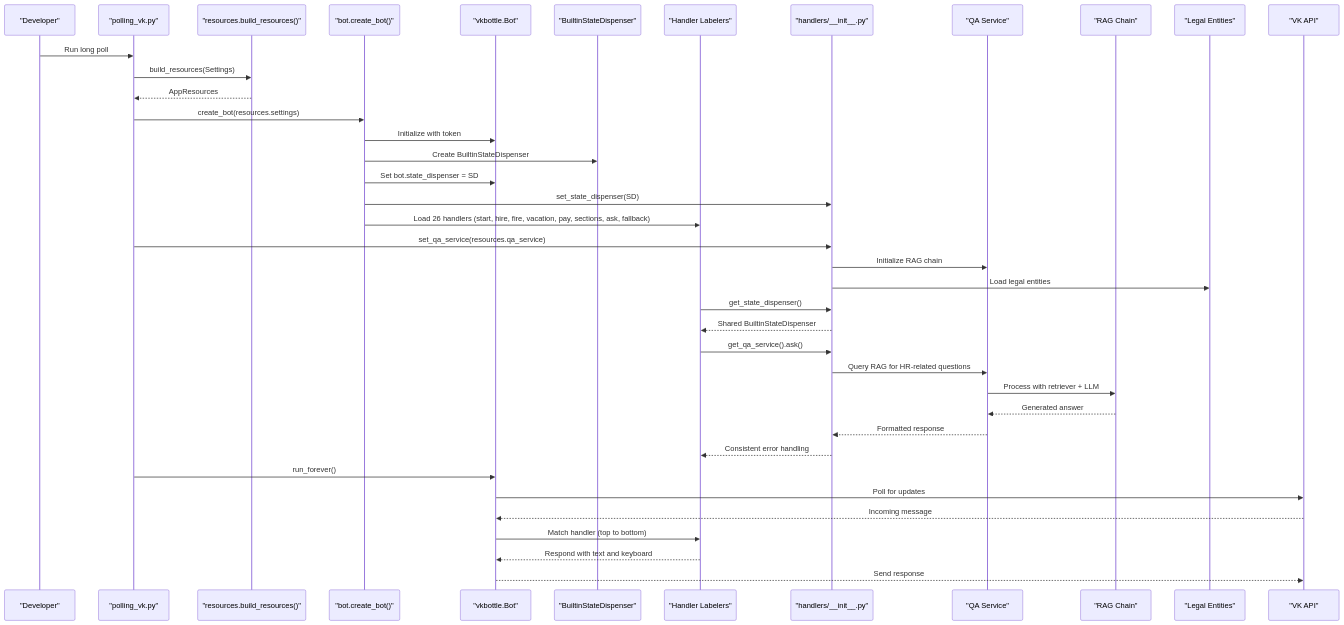
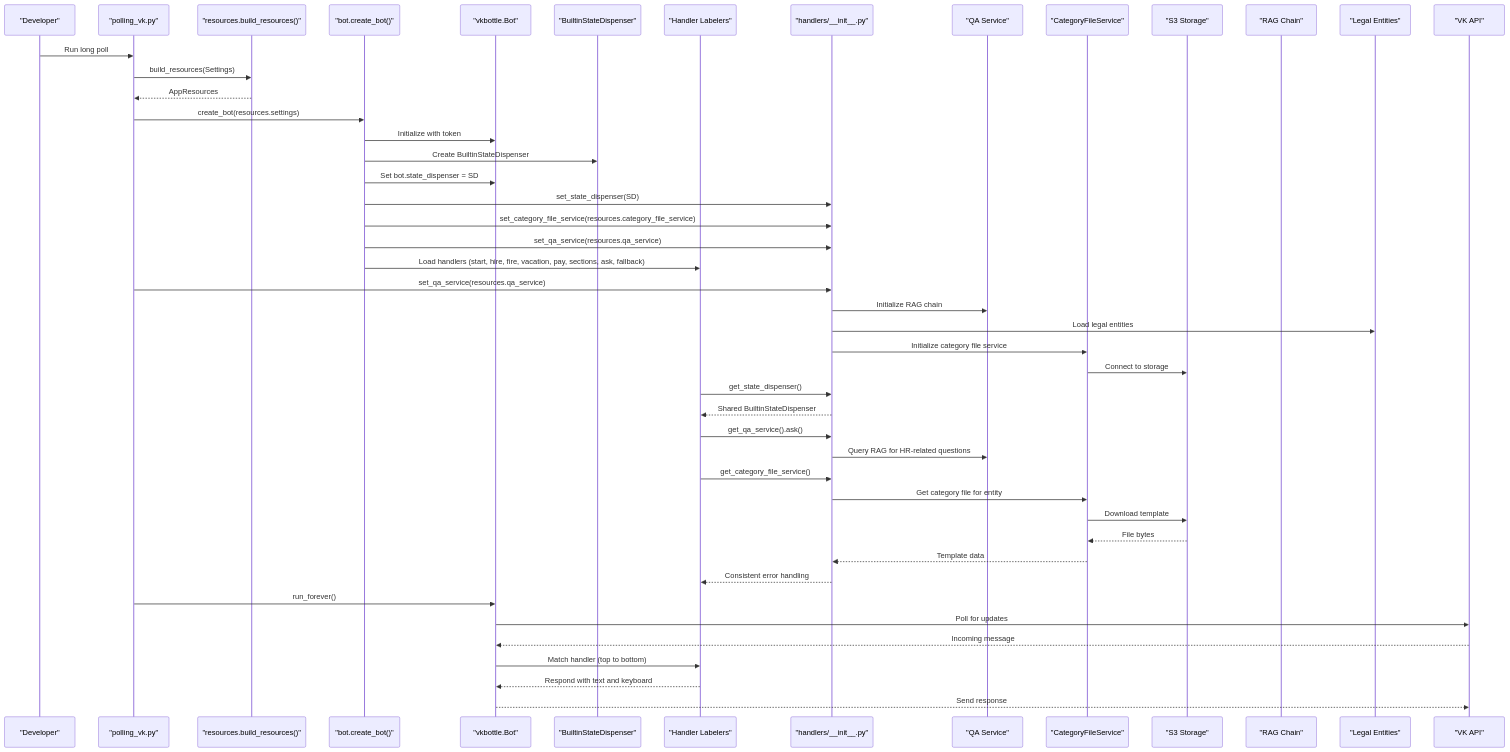
Before and after one commit to ognelis/cafetera_hr_bot: the second of 18 diagrams in .qoder/repowiki/en/content/VK Integration/VK Integration.md, drawn with Mermaid. The commit also changed other lines of this file and 7 other files, not shown here.

Commit message:
CAFETERA-18 Improved fire flow

````diff
--- a/.qoder/repowiki/en/content/VK Integration/VK Integration.md
+++ b/.qoder/repowiki/en/content/VK Integration/VK Integration.md
@@ -208,41 +262,49 @@
 ```mermaid
 sequenceDiagram
 participant Dev as "Developer"
 participant Script as "polling_vk.py"
 participant Resources as "resources.build_resources()"
 participant Factory as "bot.create_bot()"
 participant Bot as "vkbottle.Bot"
 participant SD as "BuiltinStateDispenser"
 participant Labelers as "Handler Labelers"
 participant Utils as "handlers/__init__.py"
 participant QA as "QA Service"
+participant CFService as "CategoryFileService"
+participant S3 as "S3 Storage"
 participant RAG as "RAG Chain"
 participant Entities as "Legal Entities"
 participant VK as "VK API"
 Dev->>Script : Run long poll
 Script->>Resources : build_resources(Settings)
 Resources-->>Script : AppResources
 Script->>Factory : create_bot(resources.settings)
 Factory->>Bot : Initialize with token
 Factory->>SD : Create BuiltinStateDispenser
 Factory->>Bot : Set bot.state_dispenser = SD
 Factory->>Utils : set_state_dispenser(SD)
-Factory->>Labelers : Load 26 handlers (start, hire, fire, vacation, pay, sections, ask, fallback)
+Factory->>Utils : set_category_file_service(resources.category_file_service)
+Factory->>Utils : set_qa_service(resources.qa_service)
+Factory->>Labelers : Load handlers (start, hire, fire, vacation, pay, sections, ask, fallback)
 Script->>Utils : set_qa_service(resources.qa_service)
 Utils->>QA : Initialize RAG chain
 Utils->>Entities : Load legal entities
+Utils->>CFService : Initialize category file service
+CFService->>S3 : Connect to storage
 Labelers->>Utils : get_state_dispenser()
 Utils-->>Labelers : Shared BuiltinStateDispenser
 Labelers->>Utils : get_qa_service().ask()
 Utils->>QA : Query RAG for HR-related questions
-QA->>RAG : Process with retriever + LLM
-RAG-->>QA : Generated answer
-QA-->>Utils : Formatted response
+Labelers->>Utils : get_category_file_service()
+Utils->>CFService : Get category file for entity
+CFService->>S3 : Download template
+S3-->>CFService : File bytes
+CFService-->>Utils : Template data
 Utils-->>Labelers : Consistent error handling
 Script->>Bot : run_forever()
 Bot->>VK : Poll for updates
 VK-->>Bot : Incoming message
 Bot->>Labelers : Match handler (top to bottom)
 Labelers-->>Bot : Respond with text and keyboard
 Bot-->>VK : Send response
 ```
````
